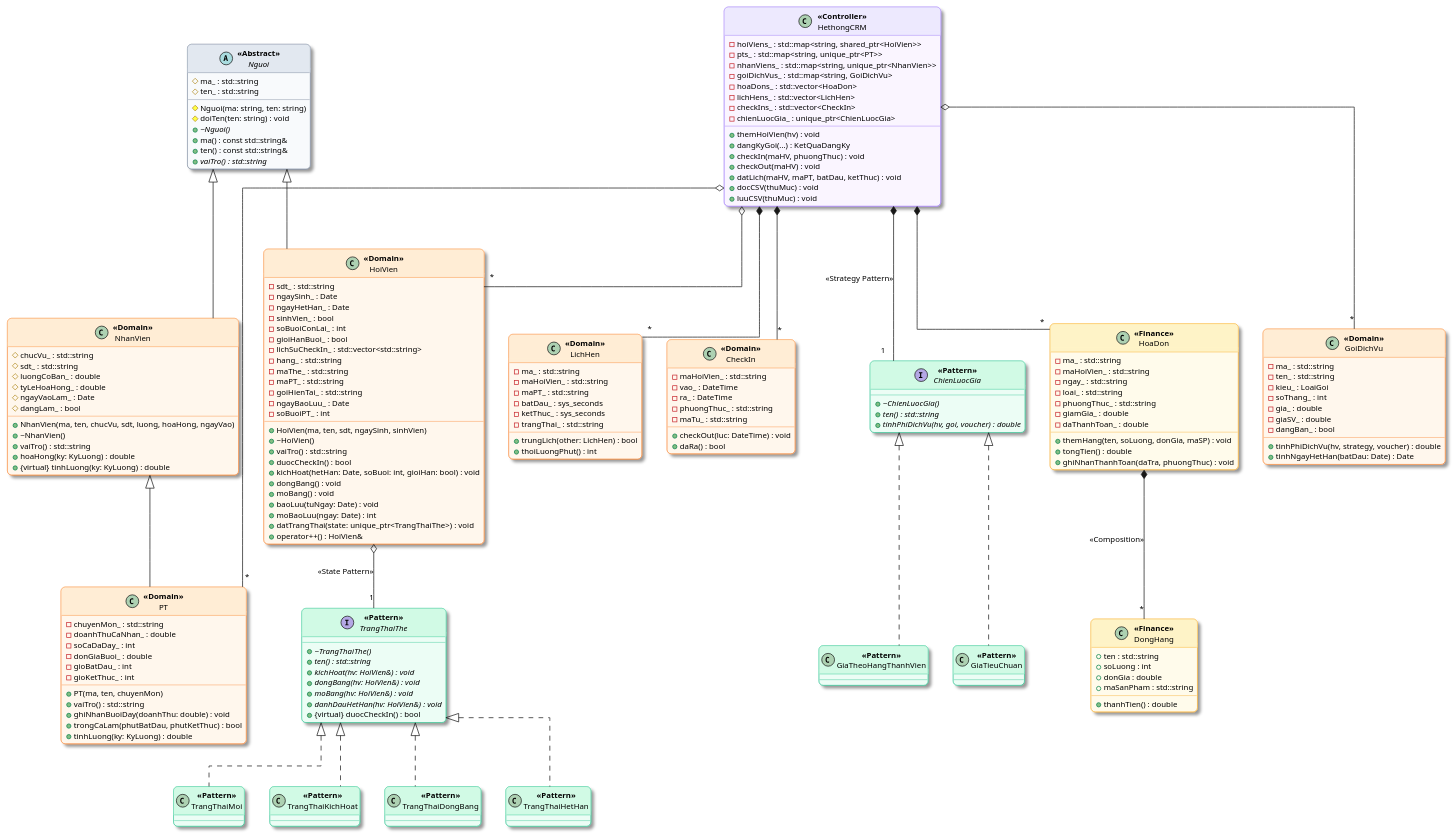
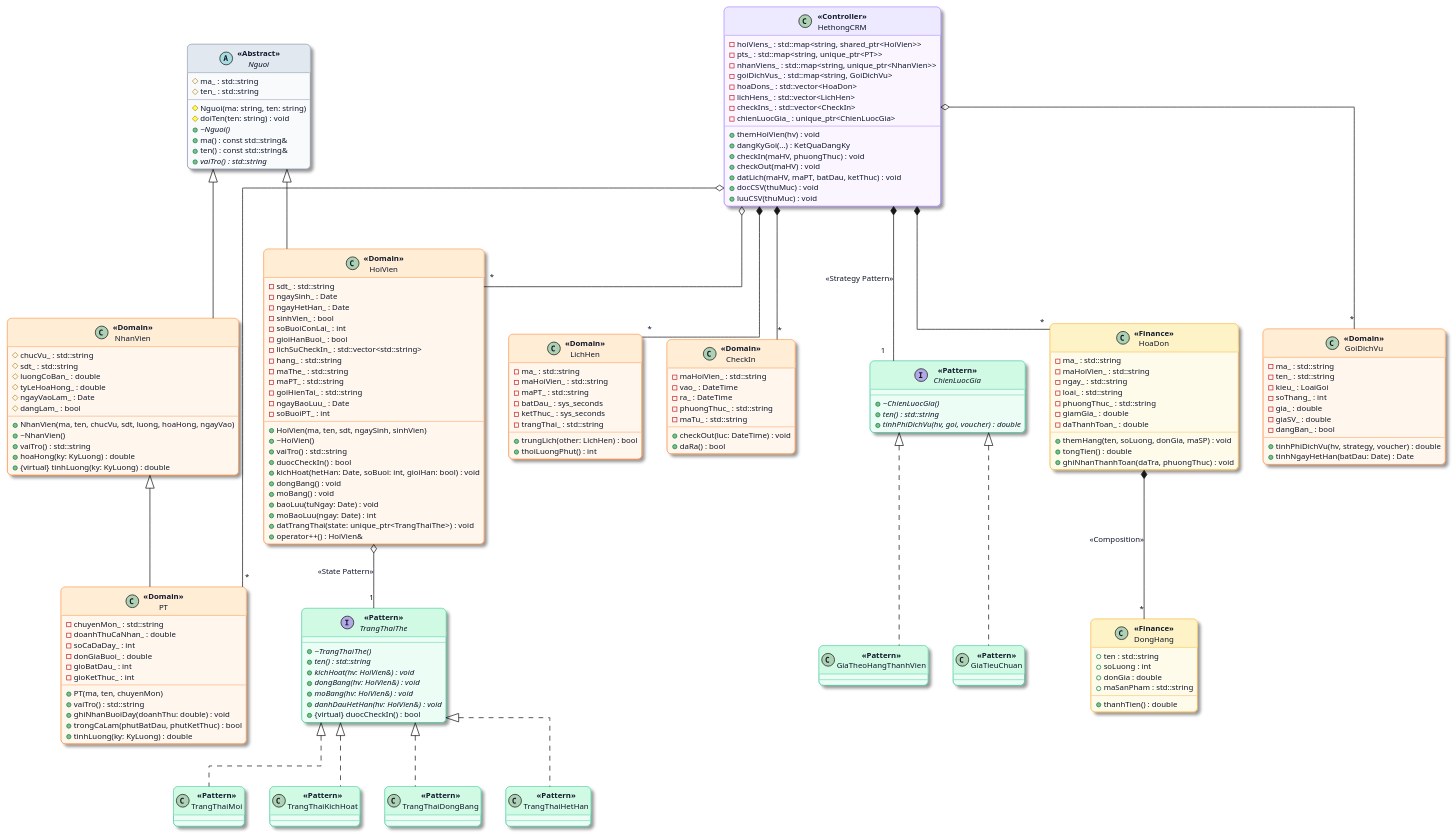
The fourth of 8 diagrams in README.md (zhaahue08/OPP-GymManagement), drawn with PlantUML before and after one commit. The commit also changed other lines of this file, not shown here.

Commit message:
+ mermaid version

```diff
--- a/README.md
+++ b/README.md
@@ -93,6 +224,11 @@
 skinparam defaultFontSize 11
 skinparam defaultFontStyle bold
 skinparam linetype ortho
+
+skinparam defaultFontColor #0F172A
+skinparam classFontColor #0F172A
+skinparam classAttributeFontColor #0F172A
+skinparam arrowFontColor #0F172A
 
 skinparam class<<Abstract>> {
     BackgroundColor #F8FAFC
```
